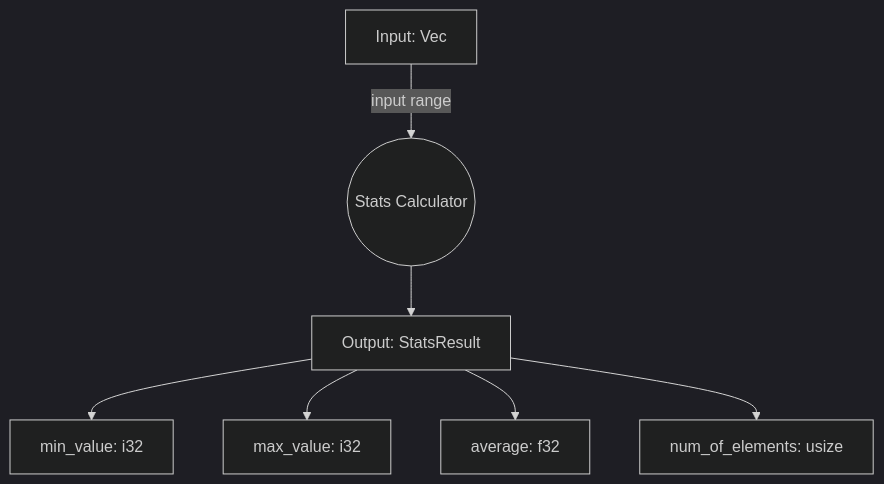
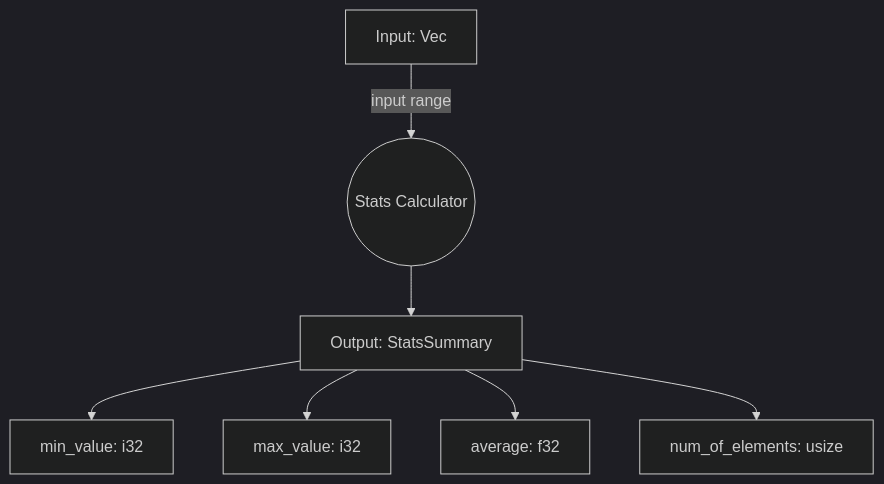
One commit to jvhellemondt/stats-calculator.rs changed the first of 3 diagrams in README.md. Above: the diagram before and after it, drawn with Mermaid (dark theme). The commit also changed other lines of this file, not shown here.

Commit message:
docs(upfront): add StatsSummary struct and replace StatsResult

````diff
--- a/README.md
+++ b/README.md
@@ -48,9 +73,9 @@
 ```mermaid
 flowchart TD
     A[Input: Vec<i32>] -->|input range| B((Stats Calculator))
-    B --> C[Output: StatsResult]
+    B --> C[Output: StatsSummary]
     C --> D[min_value: i32]
     C --> E[max_value: i32]
     C --> F[average: f32]
     C --> G[num_of_elements: usize]
 ```
````
